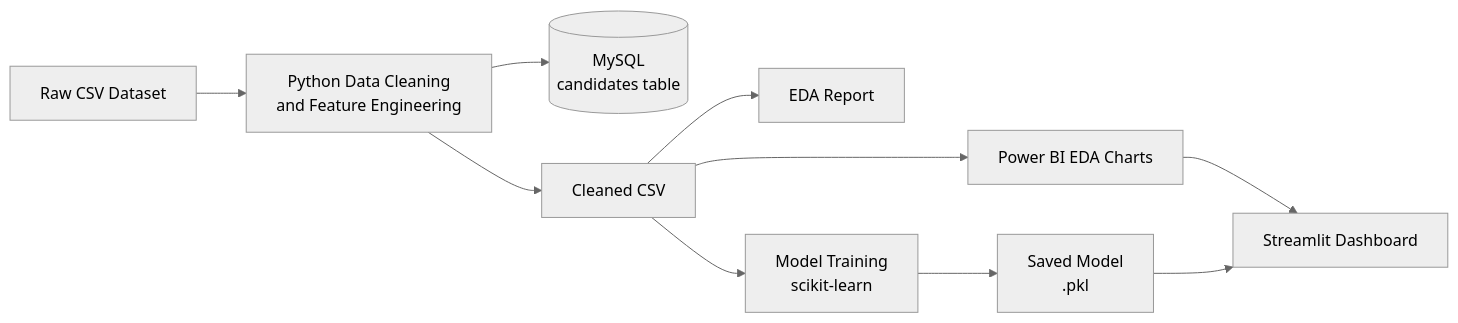
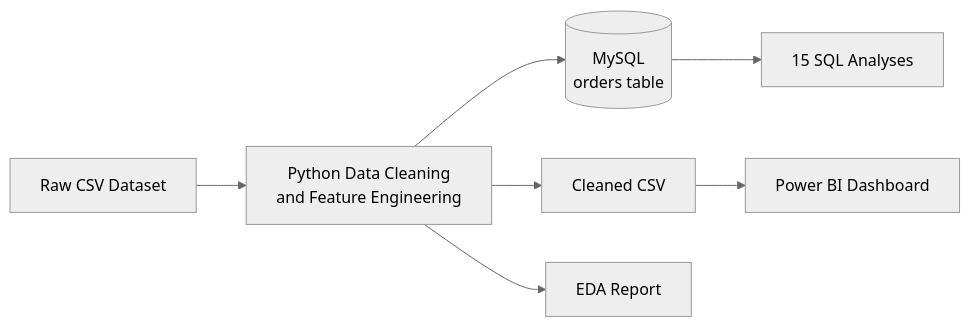
The diagram in README.md (Makesh-P/Job-Acceptance-Prediction-System), drawn with Mermaid (neutral theme) before and after one commit. The commit also changed other lines of this file, not shown here.

````diff
--- a/README.md
+++ b/README.md
@@ -11,12 +78,9 @@
 ```mermaid
 flowchart LR
    A[Raw CSV Dataset] --> B[Python Data Cleaning<br/>and Feature Engineering]
-   B --> C[(MySQL<br/>candidates table)]
+   B --> C[(MySQL<br/>orders table)]
    B --> D[Cleaned CSV]
-   D --> E[Power BI EDA Charts]
-   D --> F[EDA Report]
-   D --> G[Model Training<br/>scikit-learn]
-   G --> H[Saved Model<br/>.pkl]
-   E --> I[Streamlit Dashboard]
-   H --> I
+   B --> E[EDA Report]
+   C --> F[15 SQL Analyses]
+   D --> G[Power BI Dashboard]
 ```
````
